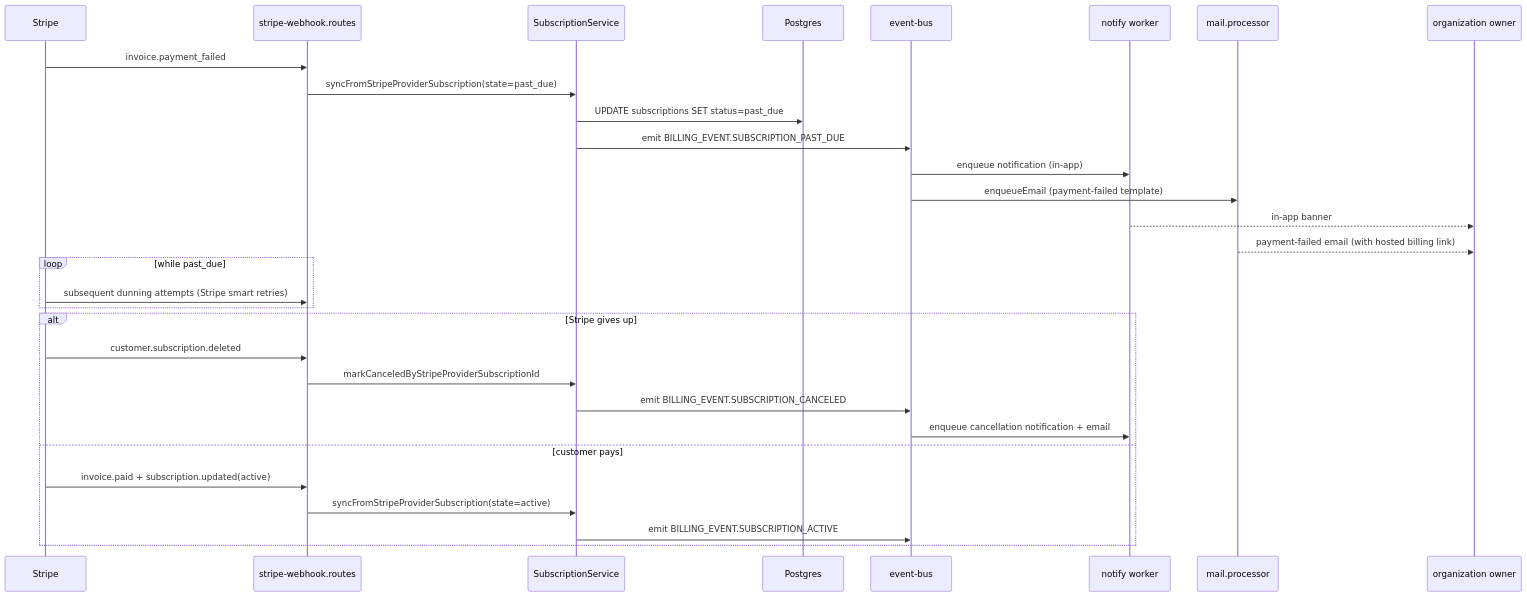
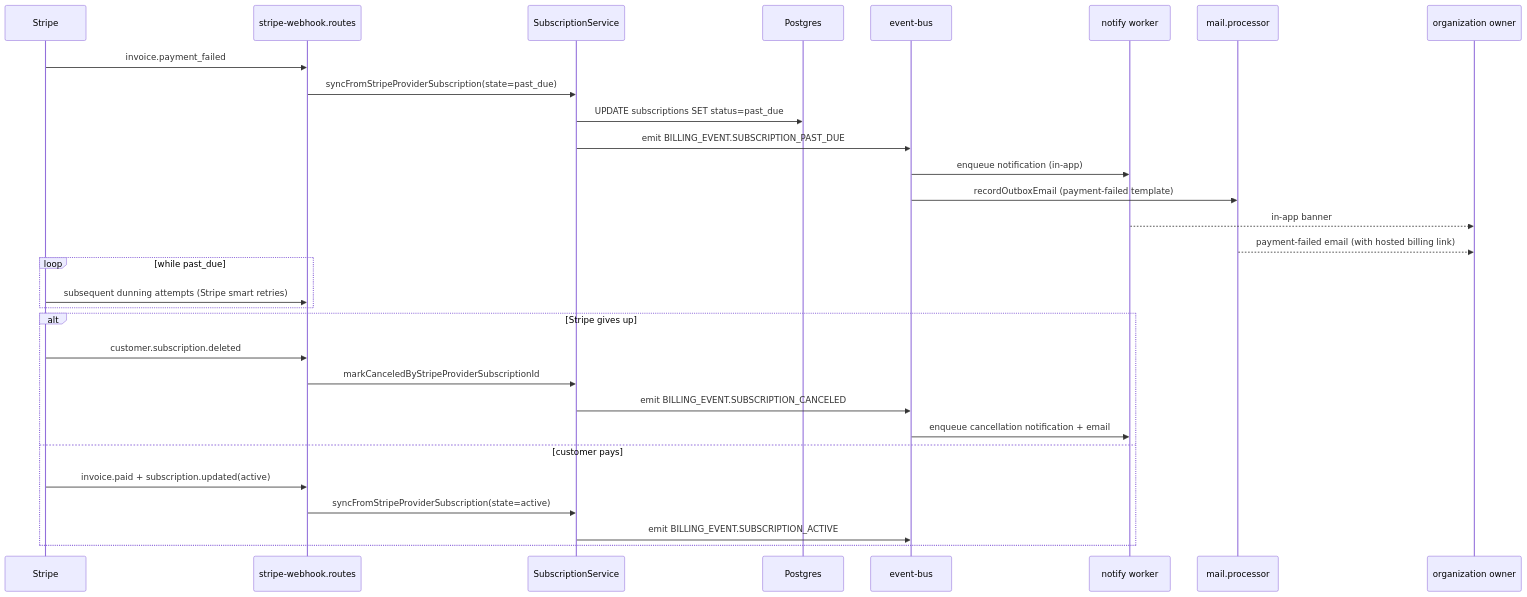
Before and after one commit to nikunjmavani/core-be: the sixth of 6 diagrams in src/FLOWS.md, drawn with Mermaid. The commit also changed other lines of this file and 17 other files, not shown here.

````diff
--- a/src/FLOWS.md
+++ b/src/FLOWS.md
@@ -277,35 +277,35 @@
 ```mermaid
 sequenceDiagram
   participant Stripe
   participant Ingest as stripe-webhook.routes
   participant Sub as SubscriptionService
   participant DB as Postgres
   participant Bus as event-bus
   participant Notify as notify worker
   participant Mail as mail.processor
   participant Org as organization owner
 
   Stripe->>Ingest: invoice.payment_failed
   Ingest->>Sub: syncFromStripeProviderSubscription(state=past_due)
   Sub->>DB: UPDATE subscriptions SET status=past_due
   Sub->>Bus: emit BILLING_EVENT.SUBSCRIPTION_PAST_DUE
   Bus->>Notify: enqueue notification (in-app)
-  Bus->>Mail: enqueueEmail (payment-failed template)
+  Bus->>Mail: recordOutboxEmail (payment-failed template)
   Notify-->>Org: in-app banner
   Mail-->>Org: payment-failed email (with hosted billing link)
 
   loop while past_due
     Stripe->>Ingest: subsequent dunning attempts (Stripe smart retries)
   end
 
   alt Stripe gives up
     Stripe->>Ingest: customer.subscription.deleted
     Ingest->>Sub: markCanceledByStripeProviderSubscriptionId
     Sub->>Bus: emit BILLING_EVENT.SUBSCRIPTION_CANCELED
     Bus->>Notify: enqueue cancellation notification + email
   else customer pays
     Stripe->>Ingest: invoice.paid + subscription.updated(active)
     Ingest->>Sub: syncFromStripeProviderSubscription(state=active)
     Sub->>Bus: emit BILLING_EVENT.SUBSCRIPTION_ACTIVE
   end
 ```
````
